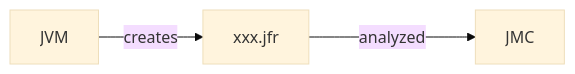
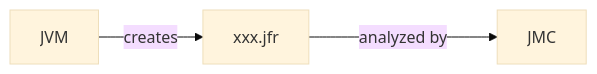
Before and after one commit to rujche/samples: the first of 2 diagrams in README.md, drawn with Mermaid (base theme).

Commit message:
Update diagrams in README.md

````diff
--- a/README.md
+++ b/README.md
@@ -20,5 +20,5 @@
       ```mermaid
       graph LR
           JVM -->|creates| xxx.jfr
-          xxx.jfr --->|analyzed| JMC
+          xxx.jfr --->|analyzed by| JMC
       ```
````
